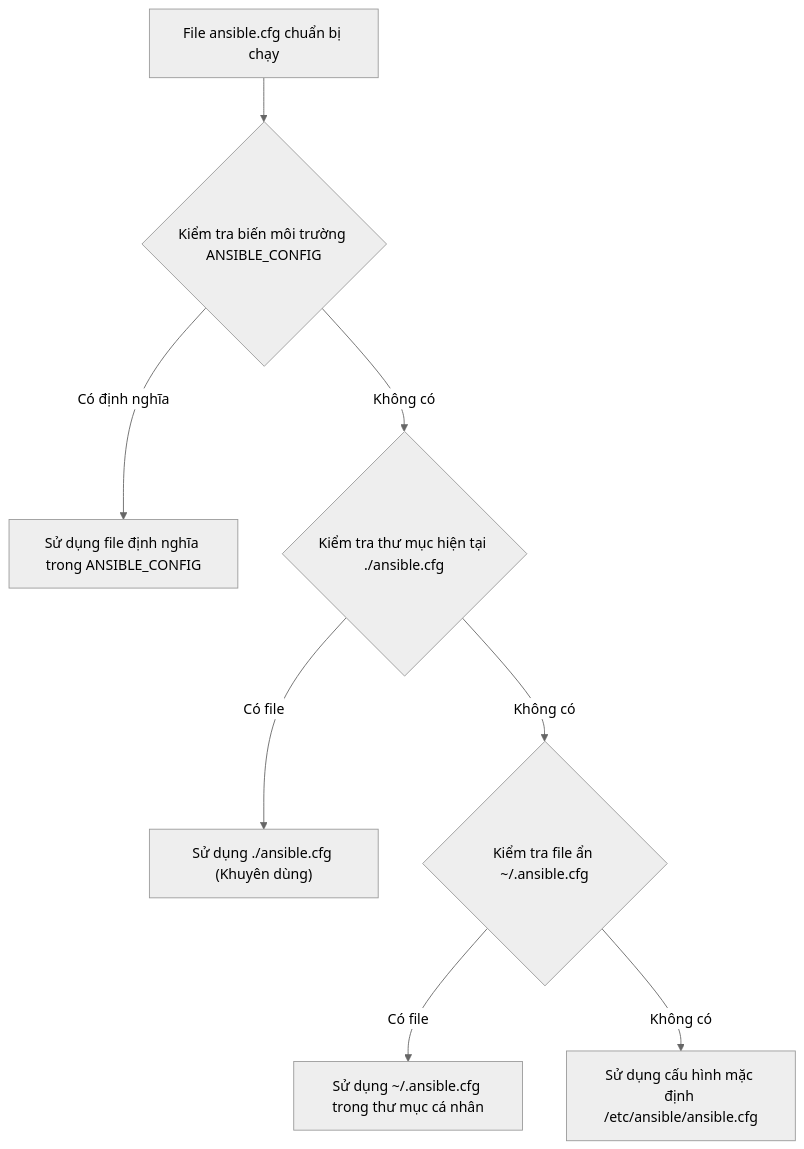
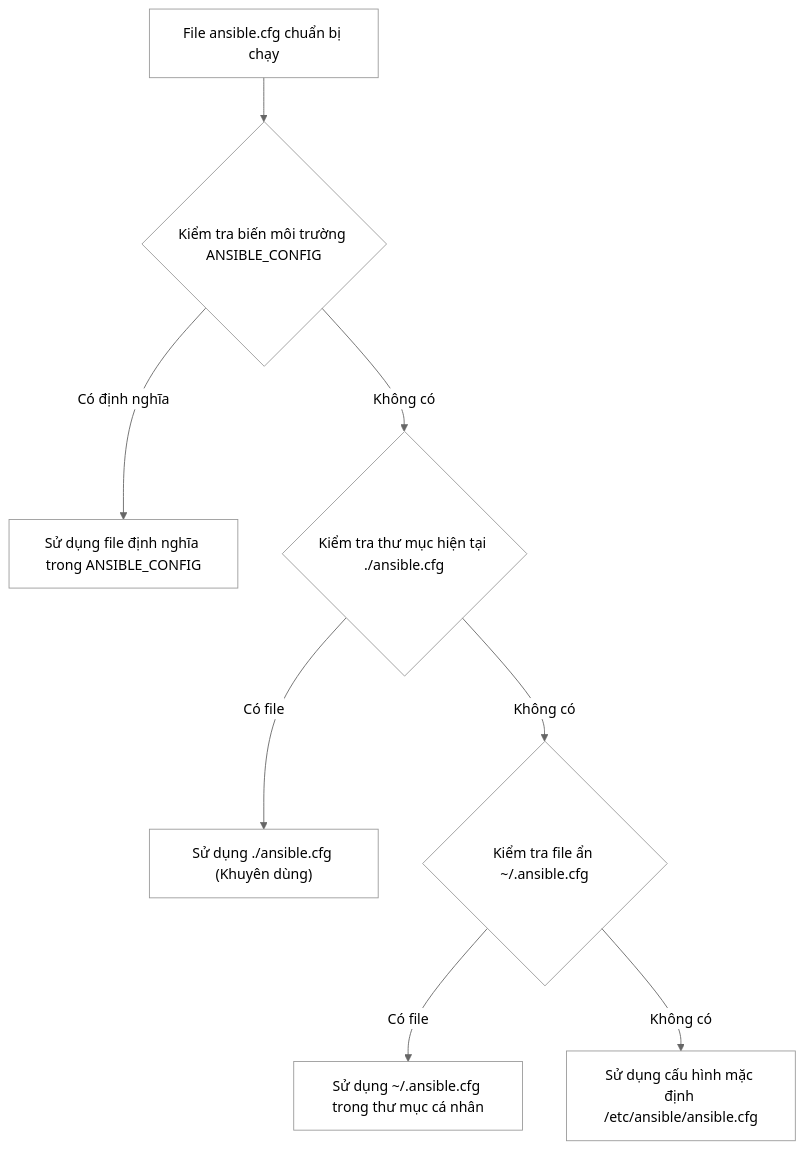
The first of 3 diagrams in _posts/2026-09-13-ansible-02-02-cai-dat-kien-truc-ad-hoc.md (kiennt308/ntk), drawn with Mermaid (neutral theme) before and after one commit. The commit also changed other lines of this file and 30 other files, not shown here.

````diff
--- a/_posts/2026-09-13-ansible-02-02-cai-dat-kien-truc-ad-hoc.md
+++ b/_posts/2026-09-13-ansible-02-02-cai-dat-kien-truc-ad-hoc.md
@@ -83,10 +83,19 @@
 ```mermaid
 graph TD
     A["File ansible.cfg chuẩn bị chạy"] --> B{"Kiểm tra biến môi trường ANSIBLE_CONFIG"}
     B -- Có định nghĩa --> C["Sử dụng file định nghĩa trong ANSIBLE_CONFIG"]
     B -- Không có --> D{"Kiểm tra thư mục hiện tại ./ansible.cfg"}
     D -- Có file --> E["Sử dụng ./ansible.cfg (Khuyên dùng)"]
     D -- Không có --> F{"Kiểm tra file ẩn ~/.ansible.cfg"}
     F -- Có file --> G["Sử dụng ~/.ansible.cfg trong thư mục cá nhân"]
     F -- Không có --> H["Sử dụng cấu hình mặc định /etc/ansible/ansible.cfg"]
+
+    style A fill:none
+    style B fill:none
+    style C fill:none
+    style D fill:none
+    style E fill:none
+    style F fill:none
+    style G fill:none
+    style H fill:none
 ```
````
